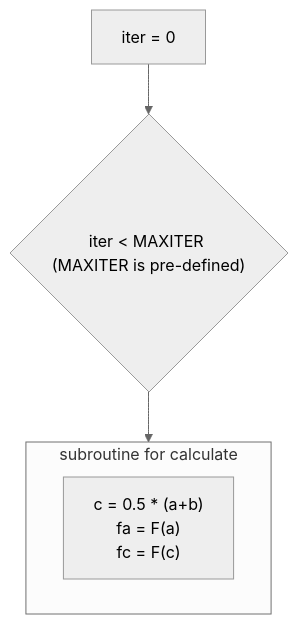
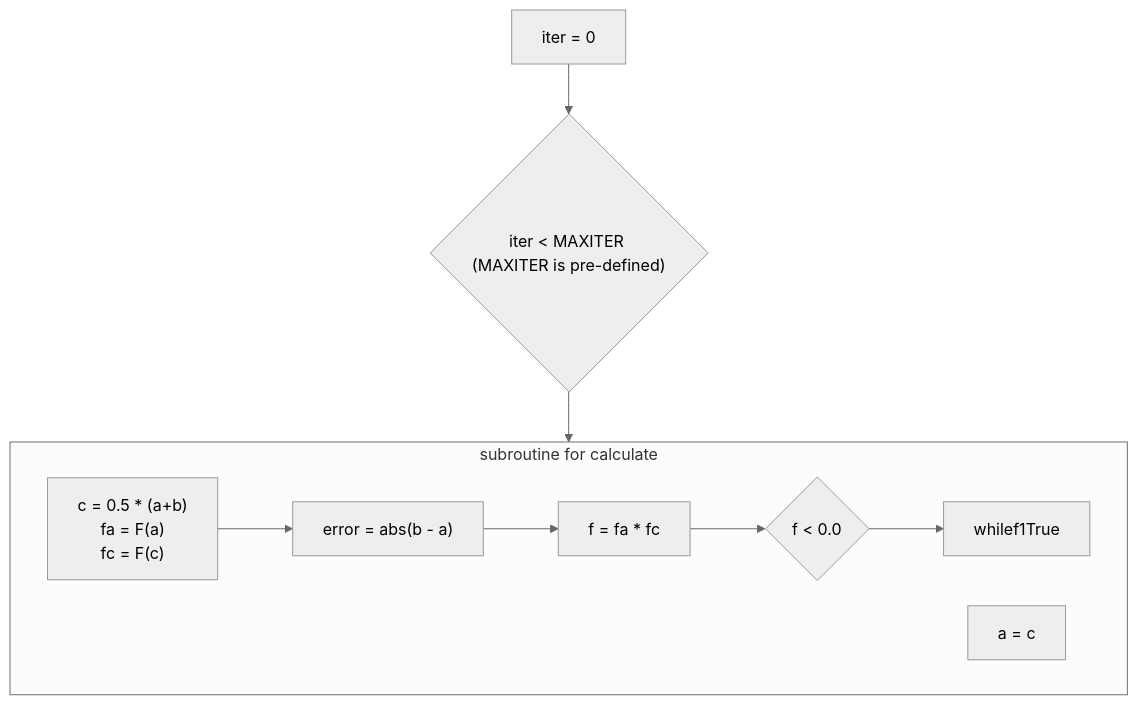
The diagram in Non-linear Equations/README.md (jsk0910/numerical_analysis), drawn with Mermaid (neutral theme) before and after one commit.

````diff
--- a/Non-linear Equations/README.md
+++ b/Non-linear Equations/README.md
@@ -26,8 +26,12 @@
 ```mermaid
 flowchart TD;
     A["iter = 0"] --> whileif
     whileif{"iter < MAXITER (MAXITER is pre-defined)"} --> while
     subgraph while ["subroutine for calculate"]
-    whileB["c = 0.5 * (a+b)\n fa = F(a)\n fc = F(c)"]
+    whileB["c = 0.5 * (a+b)\n fa = F(a)\n fc = F(c)"] --> whileE
+    whileE["error = abs(b - a)"] --> whileF
+    whileF["f = fa * fc"] --> whileIf1
+    whileIf1{"f < 0.0"} --> whilef1True
+    whileIf1True["a = c"]
     end
 ```
````
